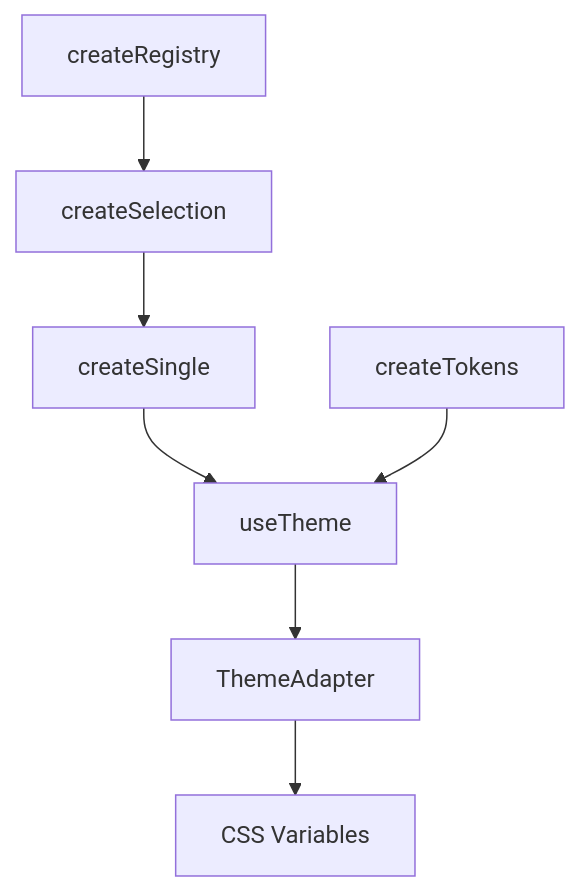
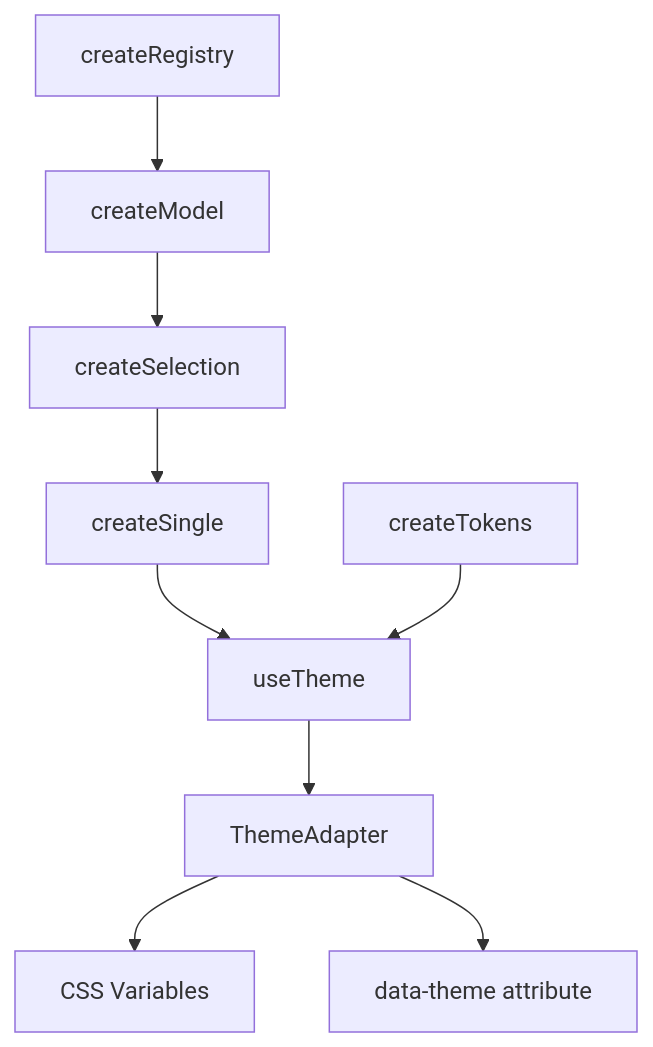
Before and after one commit to vuetifyjs/0: the diagram in apps/docs/src/pages/composables/plugins/use-theme.md, drawn with Mermaid.

Commit message:
docs(use-theme): add createModel to hierarchy and document data-theme attribute

````diff
--- a/apps/docs/src/pages/composables/plugins/use-theme.md
+++ b/apps/docs/src/pages/composables/plugins/use-theme.md
@@ -98,9 +98,11 @@
 ```mermaid "Theme Hierarchy"
 flowchart TD
-  createRegistry --> createSelection
+  createRegistry --> createModel
+  createModel --> createSelection
   createSelection --> createSingle
   createSingle --> useTheme
   createTokens --> useTheme
   useTheme --> Adapter[ThemeAdapter]
   Adapter --> CSS[CSS Variables]
+  Adapter --> Attr["data-theme attribute"]
 ```
````
